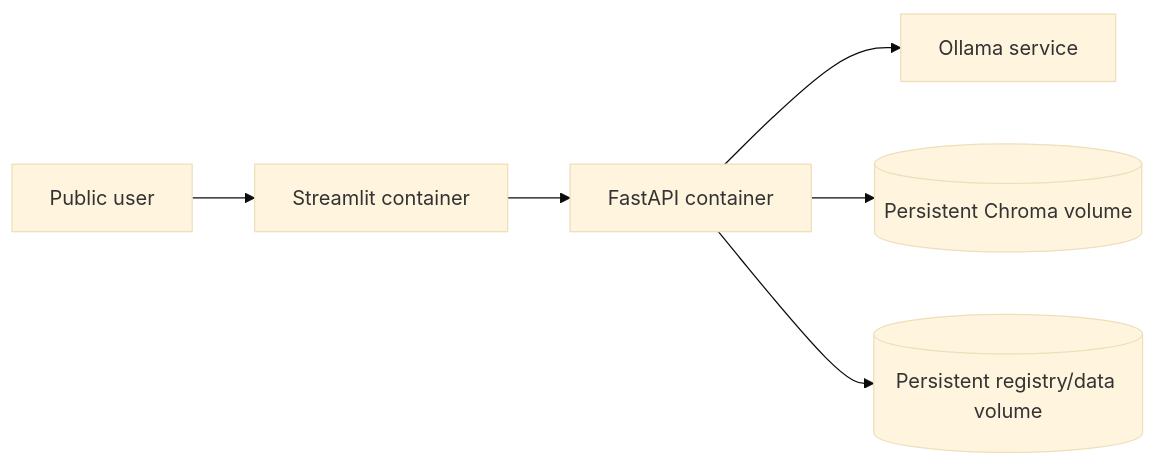
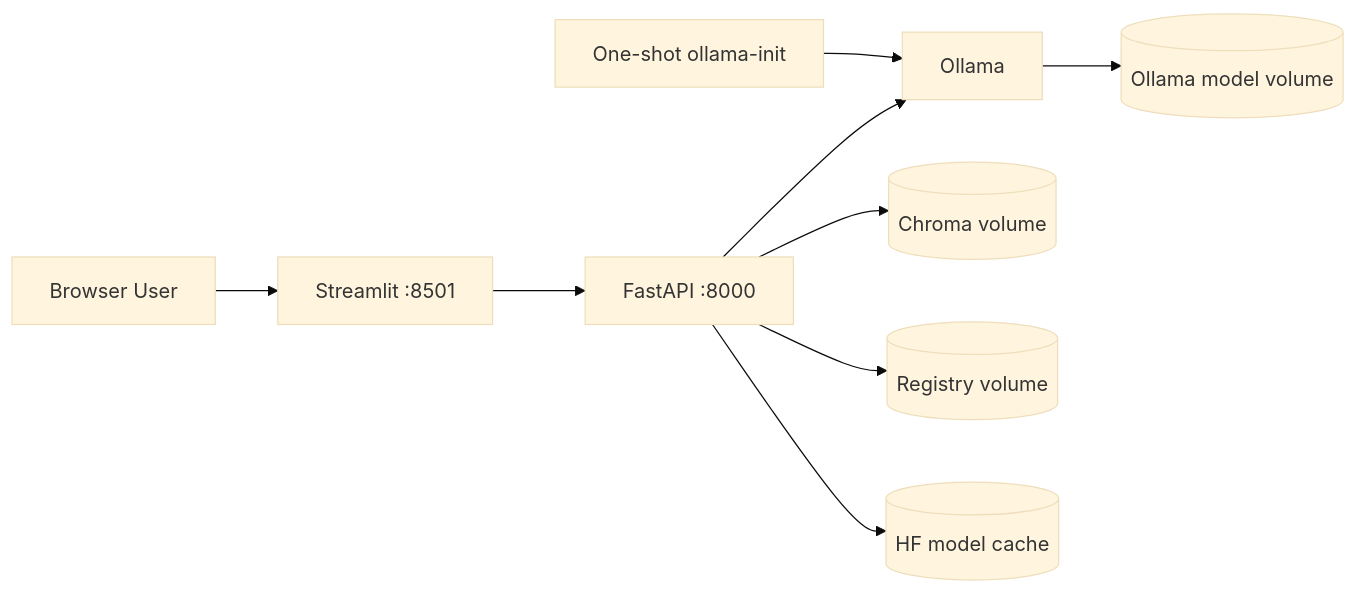
One commit to Md-Faiz-Alam/docqna changed the sixth of 6 diagrams in docs/architecture.md. Above: the diagram before and after it, drawn with Mermaid (base theme). The commit also changed other lines of this file and 12 other files, not shown here.

````diff
--- a/docs/architecture.md
+++ b/docs/architecture.md
@@ -161,9 +215,11 @@
 ```mermaid
 flowchart LR
-    USER[Public user]
-    --> ST[Streamlit container]
-    --> API[FastAPI container]
-    --> OLL[Ollama service]
-    API --> VOL1[(Persistent Chroma volume)]
-    API --> VOL2[(Persistent registry/data volume)]
+    USER[Browser User] --> ST[Streamlit :8501]
+    ST --> API[FastAPI :8000]
+    API --> OLL[Ollama]
+    API --> VOL1[(Chroma volume)]
+    API --> VOL2[(Registry volume)]
+    API --> HFC[(HF model cache)]
+    OLL --> OLLV[(Ollama model volume)]
+    INIT[One-shot ollama-init] --> OLL
 ```
````
